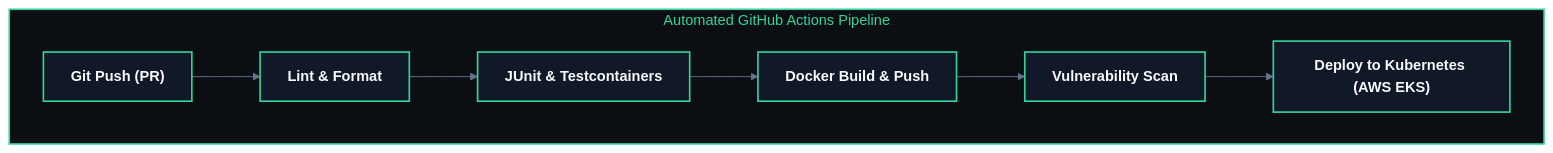
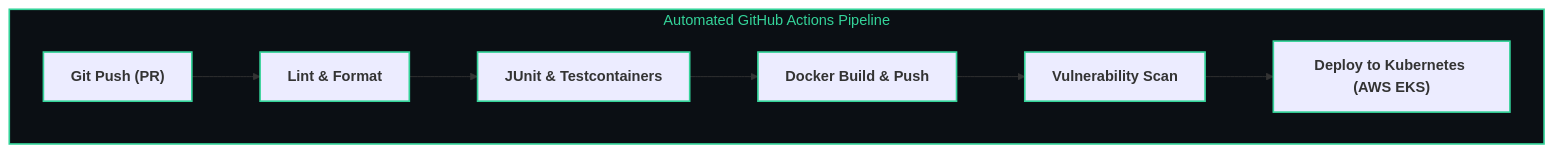
The diagram in BrainOS/04 - Software Engineering/Testing & CI-CD.md (abhinavbharti2345/CS_Notes), drawn with Mermaid before and after one commit. The commit also changed 91 other files, not shown here.

````diff
--- a/BrainOS/04 - Software Engineering/Testing & CI-CD.md
+++ b/BrainOS/04 - Software Engineering/Testing & CI-CD.md
@@ -40,17 +40,16 @@
 ```mermaid
-%%{init: {'theme': 'base', 'themeVariables': { 'darkMode': true, 'background': '#0B0F14', 'mainBkg': '#111827', 'primaryColor': '#111827', 'primaryTextColor': '#F8FAFC', 'primaryBorderColor': '#38BDF8', 'lineColor': '#64748B', 'secondaryColor': '#0B0F14', 'tertiaryColor': '#0B0F14', 'clusterBkg': '#0B0F14', 'clusterBorder': '#38BDF8' }}}%%
 flowchart LR
     subgraph PIPELINE ["Automated GitHub Actions Pipeline"]
         direction LR
         G["<b>Git Push (PR)</b>"] --> LINT["<b>Lint & Format</b>"]
         LINT --> TEST["<b>JUnit & Testcontainers</b>"]
         TEST --> BUILD["<b>Docker Build & Push</b>"]
         BUILD --> SCAN["<b>Vulnerability Scan</b>"]
         SCAN --> DEPLOY["<b>Deploy to Kubernetes (AWS EKS)</b>"]
     end
 
     style PIPELINE fill:#0B0F14,stroke:#34D399,stroke-width:1.8px,color:#34D399
 
-    classDef seNode fill:#111827,stroke:#34D399,stroke-width:1.8px,color:#F8FAFC;
+    classDef seNode stroke:#34D399,stroke-width:1.8px;
     class G,LINT,TEST,BUILD,SCAN,DEPLOY seNode;
 ```
````
